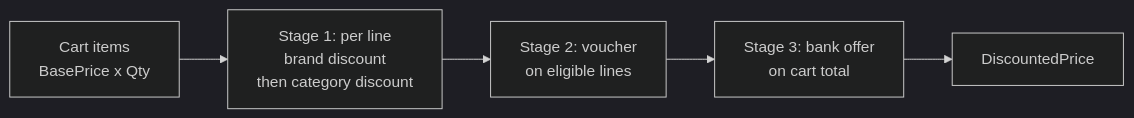
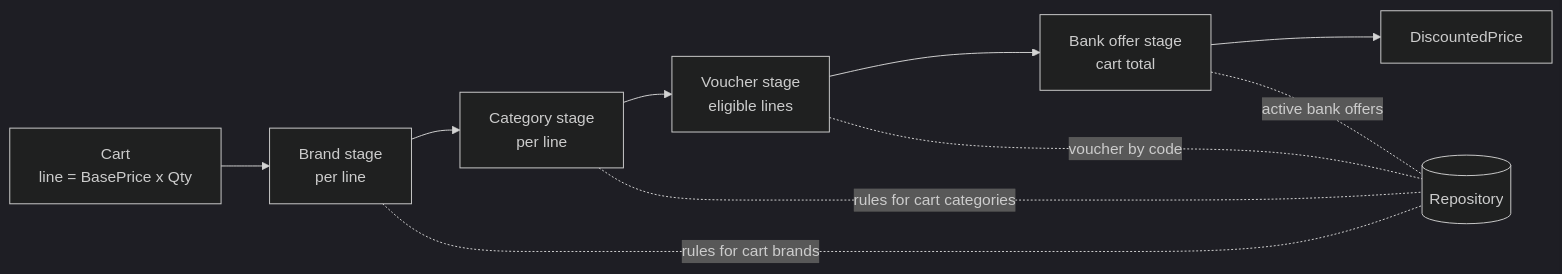
Before and after one commit to ransh7/unifize-assignment: the second of 2 diagrams in README.md, drawn with Mermaid (dark theme). The commit also changed other lines of this file and 1 other file, not shown here.

First line of the commit message:
Update README with architecture and design notes

````diff
--- a/README.md
+++ b/README.md
@@ -40,7 +74,12 @@
 ```mermaid
 flowchart LR
-    A[Cart items<br/>BasePrice x Qty] --> B[Stage 1: per line<br/>brand discount<br/>then category discount]
-    B --> C[Stage 2: voucher<br/>on eligible lines]
-    C --> D[Stage 3: bank offer<br/>on cart total]
-    D --> E[DiscountedPrice]
+    A["Cart<br/>line = BasePrice x Qty"] --> B["Brand stage<br/>per line"]
+    B --> C["Category stage<br/>per line"]
+    C --> D["Voucher stage<br/>eligible lines"]
+    D --> E["Bank offer stage<br/>cart total"]
+    E --> F[DiscountedPrice]
+    B -. rules for cart brands .- R[(Repository)]
+    C -. rules for cart categories .- R
+    D -. voucher by code .- R
+    E -. active bank offers .- R
 ```
````
